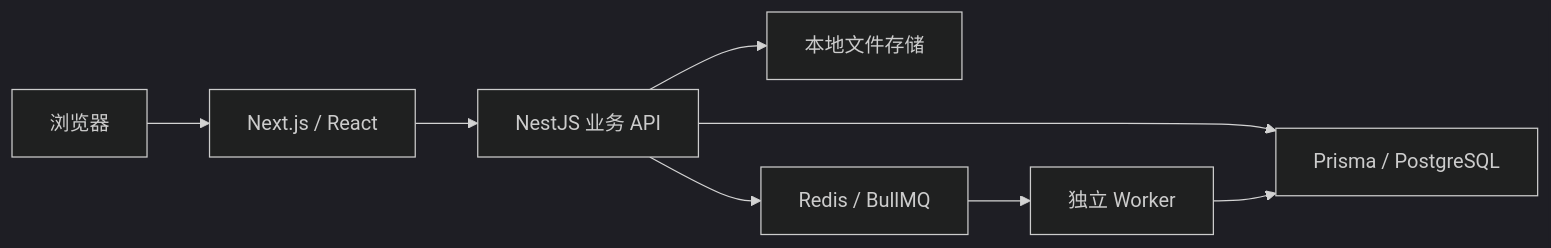
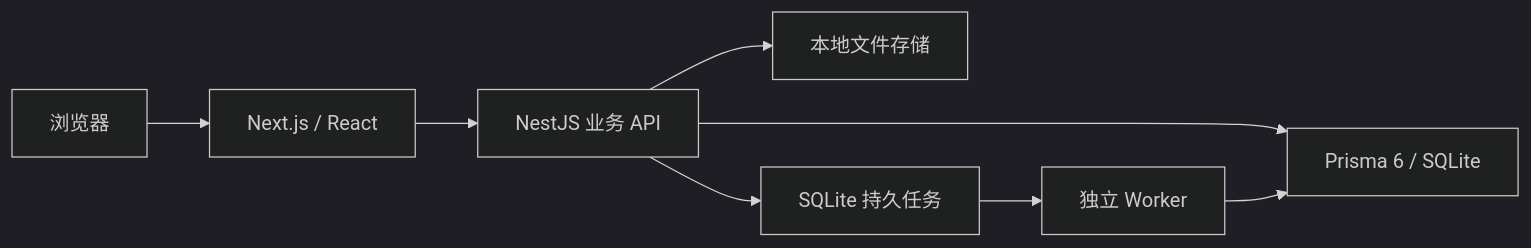
One commit to wyghxy/yuantanzhang changed the diagram in docs/architecture.md. Above: the diagram before and after it, drawn with Mermaid (dark theme). The commit also changed other lines of this file and 52 other files, not shown here.

Commit message:
feat: simplify personal installation with SQLite and local persistent tasks

````diff
--- a/docs/architecture.md
+++ b/docs/architecture.md
@@ -5,10 +5,10 @@
 ```mermaid
 flowchart LR
   Browser[浏览器] --> Web[Next.js / React]
   Web --> API[NestJS 业务 API]
-  API --> DB[Prisma / PostgreSQL]
+  API --> DB[Prisma 6 / SQLite]
   API --> Files[本地文件存储]
-  API --> Queue[Redis / BullMQ]
-  Queue --> Worker[独立 Worker]
+  API --> Tasks[SQLite 持久任务]
+  Tasks --> Worker[独立 Worker]
   Worker --> DB
 ```
````
